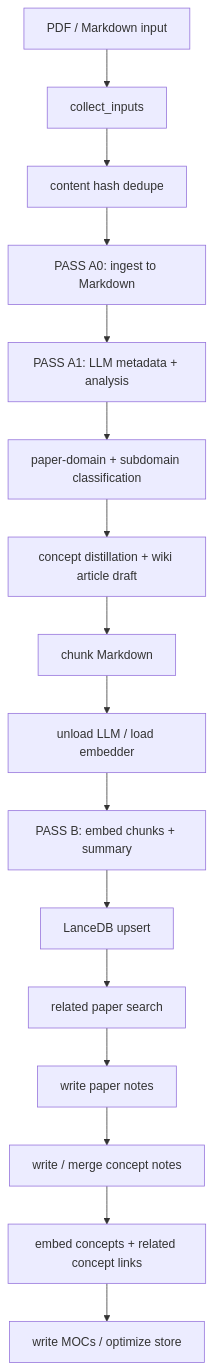
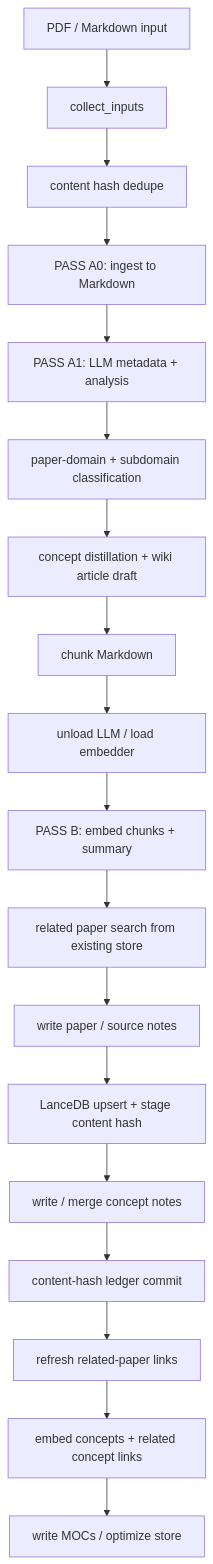
One commit to jay0n9/paperroach changed the first of 4 diagrams in DATA_PIPELINE.md. Above: the diagram before and after it, drawn with Mermaid. The commit also changed other lines of this file and 3 other files, not shown here.

````diff
--- a/DATA_PIPELINE.md
+++ b/DATA_PIPELINE.md
@@ -63,18 +63,20 @@
 ```mermaid
 flowchart TD
     A["PDF / Markdown input"] --> B["collect_inputs"]
     B --> C["content hash dedupe"]
     C --> D["PASS A0: ingest to Markdown"]
     D --> E["PASS A1: LLM metadata + analysis"]
     E --> F["paper-domain + subdomain classification"]
     F --> G["concept distillation + wiki article draft"]
     G --> H["chunk Markdown"]
     H --> I["unload LLM / load embedder"]
     I --> J["PASS B: embed chunks + summary"]
-    J --> K["LanceDB upsert"]
-    K --> L["related paper search"]
-    L --> M["write paper notes"]
+    J --> K["related paper search from existing store"]
+    K --> L["write paper / source notes"]
+    L --> M["LanceDB upsert + stage content hash"]
     M --> N["write / merge concept notes"]
-    N --> O["embed concepts + related concept links"]
-    O --> P["write MOCs / optimize store"]
+    N --> O["content-hash ledger commit"]
+    O --> P["refresh related-paper links"]
+    P --> Q["embed concepts + related concept links"]
+    Q --> R["write MOCs / optimize store"]
 ```
````
